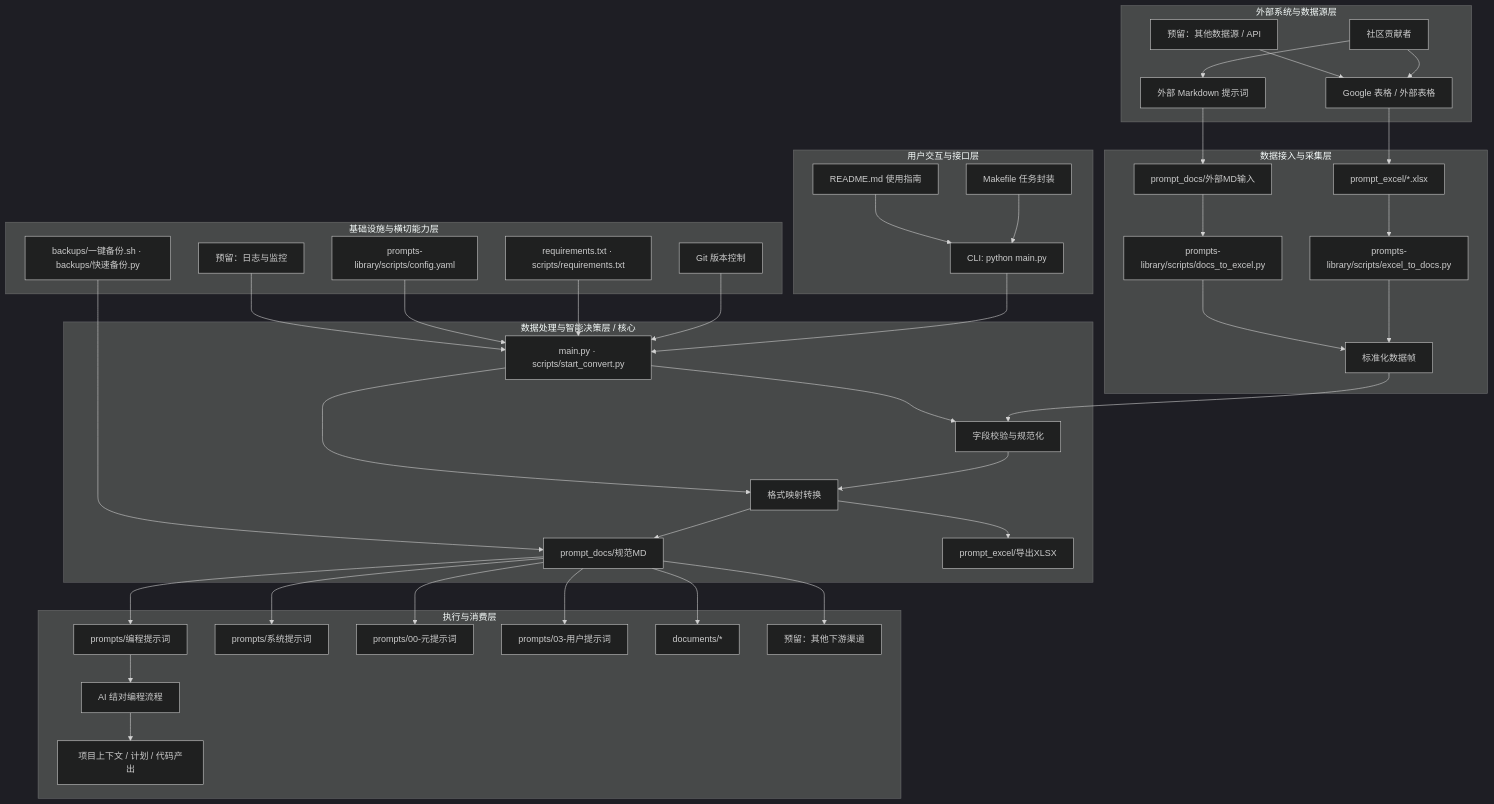
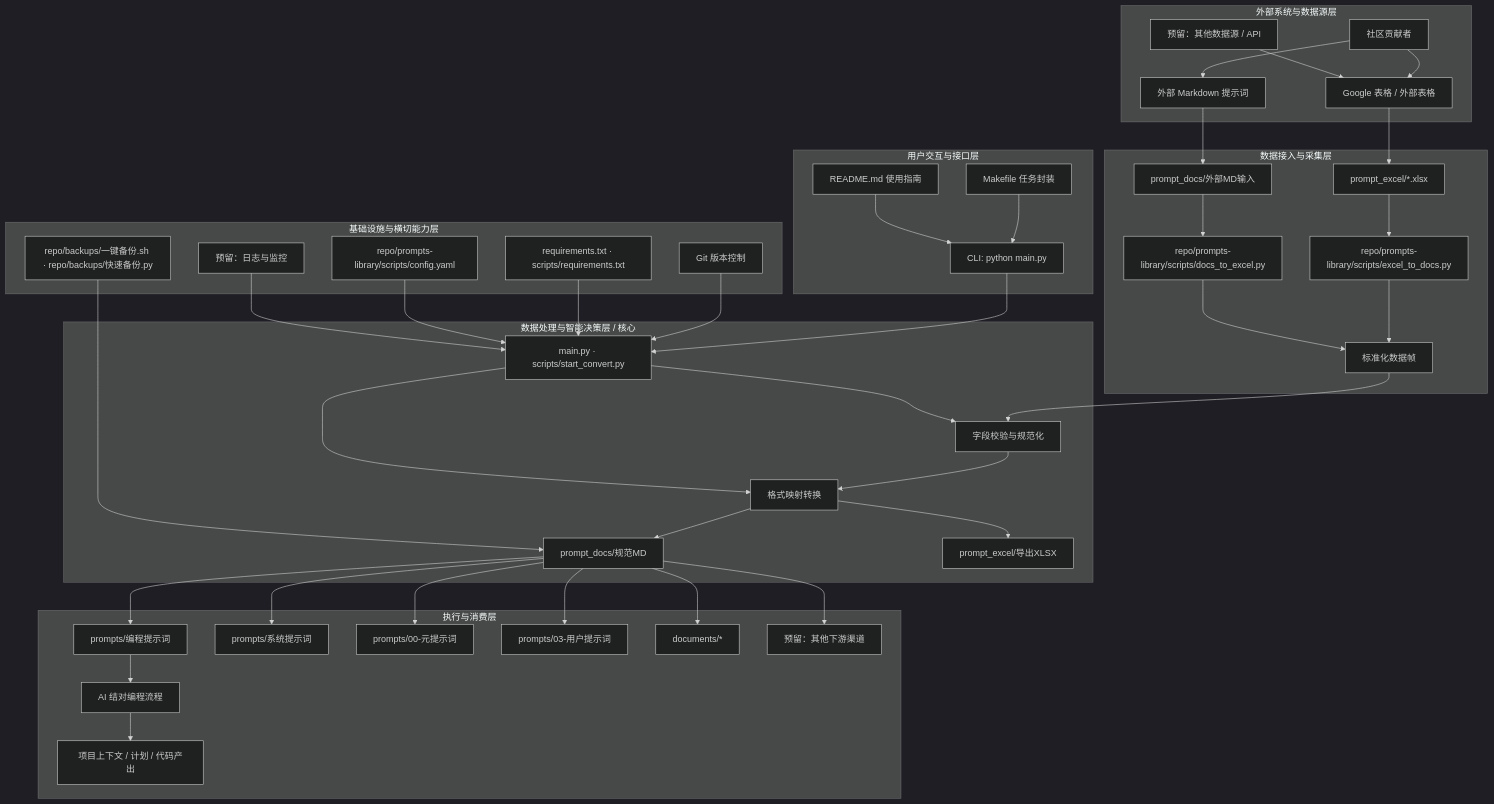
The first of 2 diagrams in README.md (tradecatlabs/vibe-coding-cn), drawn with Mermaid (dark theme) before and after one commit. The commit also changed other lines of this file and 1 other file, not shown here.

````diff
--- a/README.md
+++ b/README.md
@@ -476,62 +472,62 @@
 ```mermaid
 graph TB
   %% GitHub 兼容简化版（仅使用基础语法）
 
   subgraph ext_layer[外部系统与数据源层]
     ext_contrib[社区贡献者]
     ext_sheet[Google 表格 / 外部表格]
     ext_md[外部 Markdown 提示词]
     ext_api[预留：其他数据源 / API]
     ext_contrib --> ext_sheet
     ext_contrib --> ext_md
     ext_api --> ext_sheet
   end
 
   subgraph ingest_layer[数据接入与采集层]
     excel_raw[prompt_excel/*.xlsx]
     md_raw[prompt_docs/外部MD输入]
-    excel_to_docs[prompts-library/scripts/excel_to_docs.py]
-    docs_to_excel[prompts-library/scripts/docs_to_excel.py]
+    excel_to_docs[repo/prompts-library/scripts/excel_to_docs.py]
+    docs_to_excel[repo/prompts-library/scripts/docs_to_excel.py]
     ingest_bus[标准化数据帧]
     ext_sheet --> excel_raw
     ext_md --> md_raw
     excel_raw --> excel_to_docs
     md_raw --> docs_to_excel
     excel_to_docs --> ingest_bus
     docs_to_excel --> ingest_bus
   end
 
   subgraph core_layer[数据处理与智能决策层 / 核心]
     ingest_bus --> validate[字段校验与规范化]
     validate --> transform[格式映射转换]
     transform --> artifacts_md[prompt_docs/规范MD]
     transform --> artifacts_xlsx[prompt_excel/导出XLSX]
     orchestrator[main.py · scripts/start_convert.py] --> validate
     orchestrator --> transform
   end
 
   subgraph consume_layer[执行与消费层]
     artifacts_md --> catalog_coding[prompts/编程提示词]
     artifacts_md --> catalog_system[prompts/系统提示词]
     artifacts_md --> catalog_meta[prompts/00-元提示词]
     artifacts_md --> catalog_user[prompts/03-用户提示词]
     artifacts_md --> docs_repo[documents/*]
     artifacts_md --> new_consumer[预留：其他下游渠道]
     catalog_coding --> ai_flow[AI 结对编程流程]
     ai_flow --> deliverables[项目上下文 / 计划 / 代码产出]
   end
 
   subgraph ux_layer[用户交互与接口层]
     cli[CLI: python main.py] --> orchestrator
     makefile[Makefile 任务封装] --> cli
     readme[README.md 使用指南] --> cli
   end
 
   subgraph infra_layer[基础设施与横切能力层]
     git[Git 版本控制] --> orchestrator
-    backups[backups/一键备份.sh · backups/快速备份.py] --> artifacts_md
+    backups[repo/backups/一键备份.sh · repo/backups/快速备份.py] --> artifacts_md
     deps[requirements.txt · scripts/requirements.txt] --> orchestrator
-    config[prompts-library/scripts/config.yaml] --> orchestrator
+    config[repo/prompts-library/scripts/config.yaml] --> orchestrator
     monitor[预留：日志与监控] --> orchestrator
   end
 ```
````
